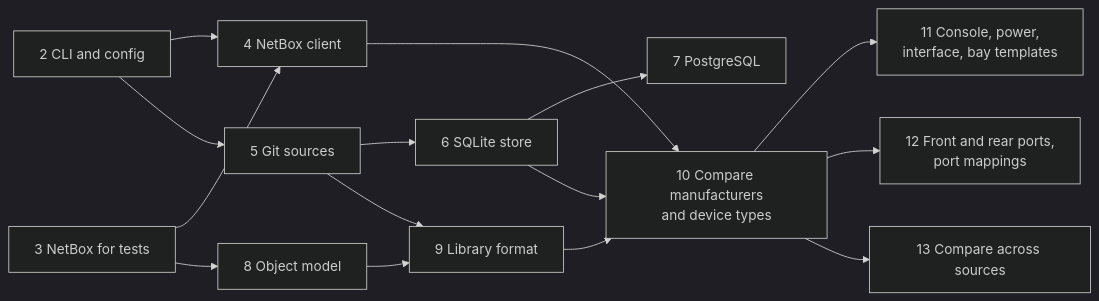
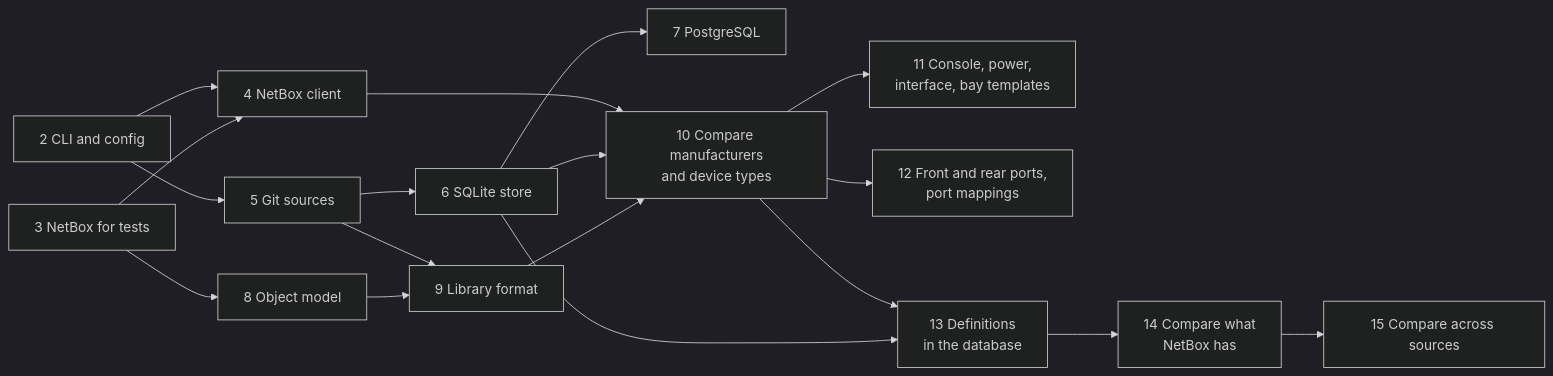
Before and after one commit to zeddD1abl0/netbox-trueup-ai: the diagram in docs/roadmap.md, drawn with Mermaid (dark theme). The commit also changed other lines of this file and 52 other files, not shown here.

First line of the commit message:
feat(source): load each source's definitions into the database (#26)

````diff
--- a/docs/roadmap.md
+++ b/docs/roadmap.md
@@ -26,17 +26,20 @@
 ```mermaid
 flowchart LR
     s2["2 CLI and config"] --> s4["4 NetBox client"]
     s2 --> s5["5 Git sources"]
     s3["3 NetBox for tests"] --> s4
     s3 --> s8["8 Object model"]
     s5 --> s6["6 SQLite store"]
     s6 --> s7["7 PostgreSQL"]
     s5 --> s9["9 Library format"]
     s8 --> s9
     s4 --> s10["10 Compare manufacturers<br/>and device types"]
     s6 --> s10
     s9 --> s10
     s10 --> s11["11 Console, power,<br/>interface, bay templates"]
     s10 --> s12["12 Front and rear ports,<br/>port mappings"]
-    s10 --> s13["13 Compare across sources"]
+    s10 --> s13["13 Definitions<br/>in the database"]
+    s6 --> s13
+    s13 --> s14["14 Compare what<br/>NetBox has"]
+    s14 --> s15["15 Compare across sources"]
 ```
````
